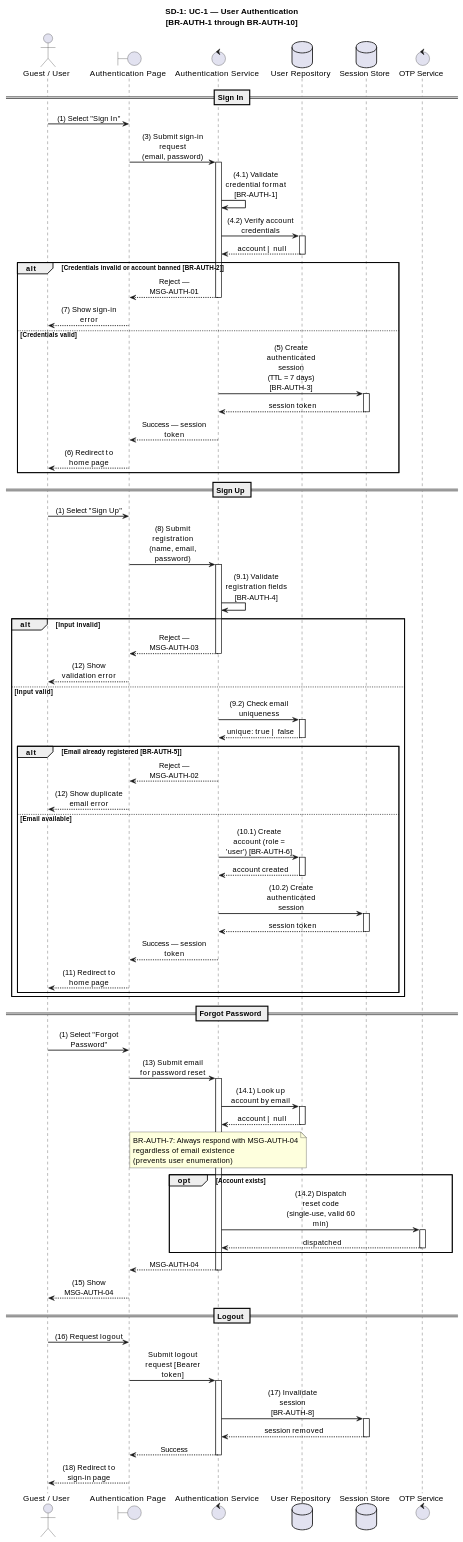
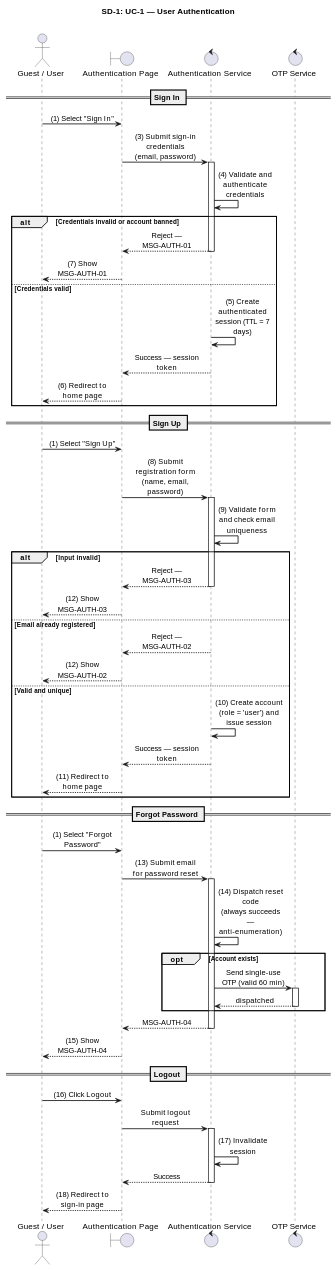
Before and after one commit to luubinhdeptrai/Food_Delivery: the first of 10 diagrams in apps/api/docs/Final_Documents/SRS_SequenceDiagrams.md, drawn with PlantUML. The commit also changed other lines of this file, not shown here.

Commit message:
add 10 sequence from 1-10

```diff
--- a/apps/api/docs/Final_Documents/SRS_SequenceDiagrams.md
+++ b/apps/api/docs/Final_Documents/SRS_SequenceDiagrams.md
@@ -36,13 +36,11 @@
 skinparam ParticipantPadding 20
 skinparam BoxPadding 10
 
-title SD-1: UC-1 — User Authentication\n[BR-AUTH-1 through BR-AUTH-10]
+title SD-1: UC-1 — User Authentication\n
 
 actor "Guest / User" as Actor
 boundary "Authentication Page" as UI
 control "Authentication Service" as AuthSvc
-database "User Repository" as UserRepo
-database "Session Store" as SessionStore
 control "OTP Service" as OTPSvc
 
 autonumber stop
@@ -50,24 +48,17 @@
 == Sign In ==
 
 Actor -> UI : (1) Select "Sign In"
-UI -> AuthSvc : (3) Submit sign-in request\n(email, password)
+UI -> AuthSvc : (3) Submit sign-in credentials\n(email, password)
 activate AuthSvc
 
-AuthSvc -> AuthSvc : (4.1) Validate credential format [BR-AUTH-1]
-AuthSvc -> UserRepo : (4.2) Verify account credentials
-activate UserRepo
-UserRepo --> AuthSvc : account | null
-deactivate UserRepo
+AuthSvc -> AuthSvc : (4) Validate and authenticate credentials
 
-alt Credentials invalid or account banned [BR-AUTH-2]
+alt Credentials invalid or account banned
     AuthSvc --> UI : Reject — MSG-AUTH-01
     deactivate AuthSvc
-    UI --> Actor : (7) Show sign-in error
+    UI --> Actor : (7) Show MSG-AUTH-01
 else Credentials valid
-    AuthSvc -> SessionStore : (5) Create authenticated session\n(TTL = 7 days) [BR-AUTH-3]
-    activate SessionStore
-    SessionStore --> AuthSvc : session token
-    deactivate SessionStore
+    AuthSvc -> AuthSvc : (5) Create authenticated session (TTL = 7 days)
     AuthSvc --> UI : Success — session token
     deactivate AuthSvc
     UI --> Actor : (6) Redirect to home page
@@ -76,38 +67,24 @@
 == Sign Up ==
 
 Actor -> UI : (1) Select "Sign Up"
-UI -> AuthSvc : (8) Submit registration\n(name, email, password)
+UI -> AuthSvc : (8) Submit registration form\n(name, email, password)
 activate AuthSvc
 
-AuthSvc -> AuthSvc : (9.1) Validate registration fields [BR-AUTH-4]
+AuthSvc -> AuthSvc : (9) Validate form and check email uniqueness
 
 alt Input invalid
     AuthSvc --> UI : Reject — MSG-AUTH-03
     deactivate AuthSvc
-    UI --> Actor : (12) Show validation error
-else Input valid
-    AuthSvc -> UserRepo : (9.2) Check email uniqueness
-    activate UserRepo
-    UserRepo --> AuthSvc : unique: true | false
-    deactivate UserRepo
-
-    alt Email already registered [BR-AUTH-5]
-        AuthSvc --> UI : Reject — MSG-AUTH-02
-        deactivate AuthSvc
-        UI --> Actor : (12) Show duplicate email error
-    else Email available
-        AuthSvc -> UserRepo : (10.1) Create account (role = 'user') [BR-AUTH-6]
-        activate UserRepo
-        UserRepo --> AuthSvc : account created
-        deactivate UserRepo
-        AuthSvc -> SessionStore : (10.2) Create authenticated session
-        activate SessionStore
-        SessionStore --> AuthSvc : session token
-        deactivate SessionStore
-        AuthSvc --> UI : Success — session token
-        deactivate AuthSvc
-        UI --> Actor : (11) Redirect to home page
-    end
+    UI --> Actor : (12) Show MSG-AUTH-03
+else Email already registered
+    AuthSvc --> UI : Reject — MSG-AUTH-02
+    deactivate AuthSvc
+    UI --> Actor : (12) Show MSG-AUTH-02
+else Valid and unique
+    AuthSvc -> AuthSvc : (10) Create account (role = 'user') and issue session
+    AuthSvc --> UI : Success — session token
+    deactivate AuthSvc
+    UI --> Actor : (11) Redirect to home page
 end
 
 == Forgot Password ==
@@ -116,15 +93,10 @@
 UI -> AuthSvc : (13) Submit email for password reset
 activate AuthSvc
 
-AuthSvc -> UserRepo : (14.1) Look up account by email
-activate UserRepo
-UserRepo --> AuthSvc : account | null
-deactivate UserRepo
-
-note over AuthSvc : BR-AUTH-7: Always respond with MSG-AUTH-04\nregardless of email existence\n(prevents user enumeration)
+AuthSvc -> AuthSvc : (14) Dispatch reset code\n(always succeeds — anti-enumeration)
 
 opt Account exists
-    AuthSvc -> OTPSvc : (14.2) Dispatch reset code\n(single-use, valid 60 min)
+    AuthSvc -> OTPSvc : Send single-use OTP (valid 60 min)
     activate OTPSvc
     OTPSvc --> AuthSvc : dispatched
     deactivate OTPSvc
@@ -136,13 +108,10 @@
 
 == Logout ==
 
-Actor -> UI : (16) Request logout
-UI -> AuthSvc : Submit logout request [Bearer token]
+Actor -> UI : (16) Click Logout
+UI -> AuthSvc : Submit logout request
 activate AuthSvc
-AuthSvc -> SessionStore : (17) Invalidate session [BR-AUTH-8]
-activate SessionStore
-SessionStore --> AuthSvc : session removed
-deactivate SessionStore
+AuthSvc -> AuthSvc : (17) Invalidate session
 AuthSvc --> UI : Success
 deactivate AuthSvc
 UI --> Actor : (18) Redirect to sign-in page
```
